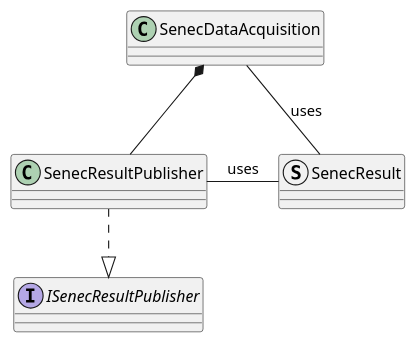
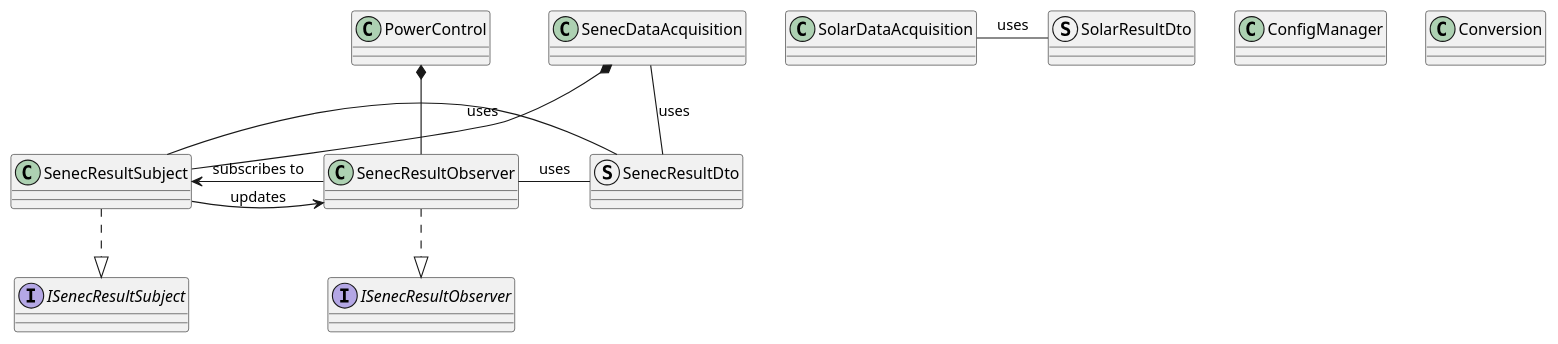
One commit to LuMoehlenkamp/sda changed the diagram in doc/sda.puml. Above: the diagram before and after it, drawn with PlantUML.

Commit message:
updated class diagramm

```diff
--- a/doc/sda.puml
+++ b/doc/sda.puml
@@ -1,13 +1,29 @@
 @startuml SDA Klassendiagramm
 
 class SenecDataAcquisition
-Interface ISenecResultPublisher
-class SenecResultPublisher
-struct SenecResult
+Interface ISenecResultSubject
+class SenecResultSubject
+struct SenecResultDto
+class ConfigManager
+class Conversion
+class PowerControl
+Interface ISenecResultObserver
+class SenecResultObserver
+class SolarDataAcquisition
+struct SolarResultDto
 
-SenecResultPublisher ..|> ISenecResultPublisher
-SenecDataAcquisition  *-- SenecResultPublisher
-SenecResultPublisher - SenecResult : uses
-SenecDataAcquisition - SenecResult : uses
+SenecResultSubject ..|> ISenecResultSubject
+SenecDataAcquisition  *-- SenecResultSubject
+
+SenecResultObserver ..|> ISenecResultObserver
+PowerControl *-- SenecResultObserver
+
+SenecResultSubject - SenecResultDto : uses
+SenecDataAcquisition - SenecResultDto : uses
+SenecResultObserver - SenecResultDto : uses
+SenecResultSubject -> SenecResultObserver : updates
+SenecResultObserver -> SenecResultSubject : subscribes to
+
+SolarDataAcquisition - SolarResultDto : uses
 
 @enduml
```
